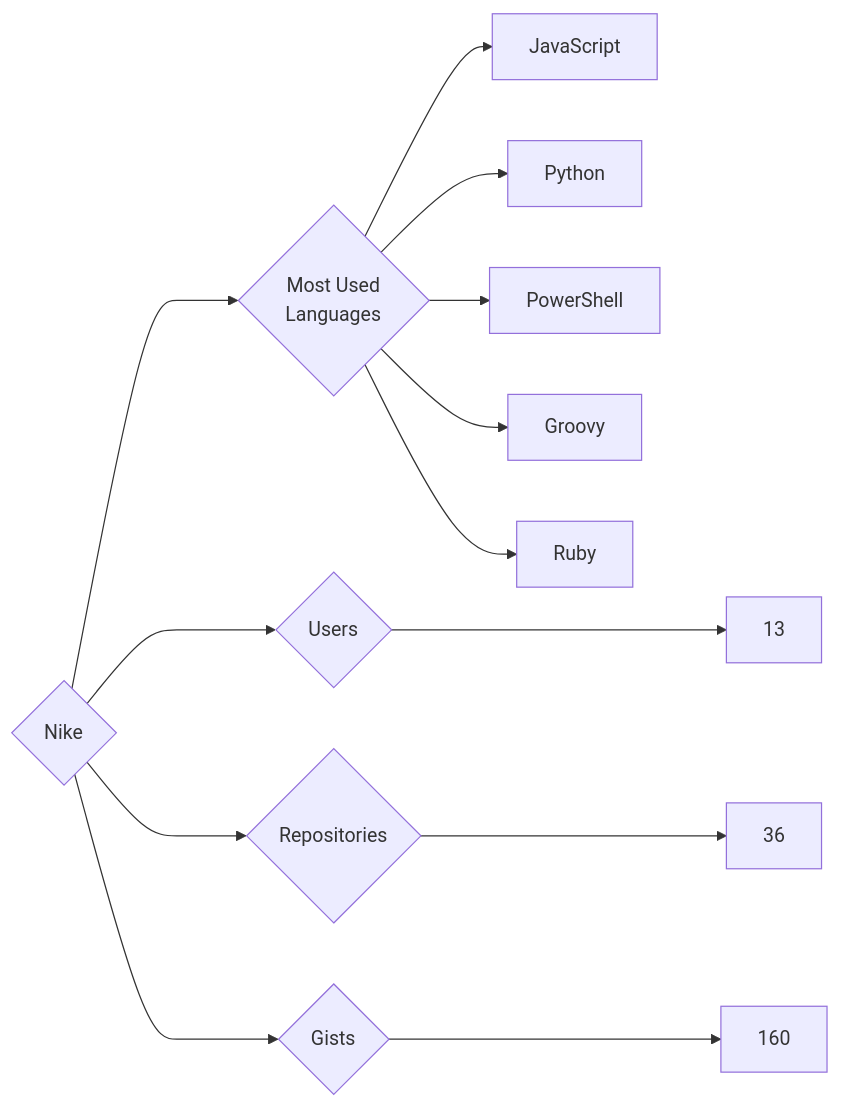
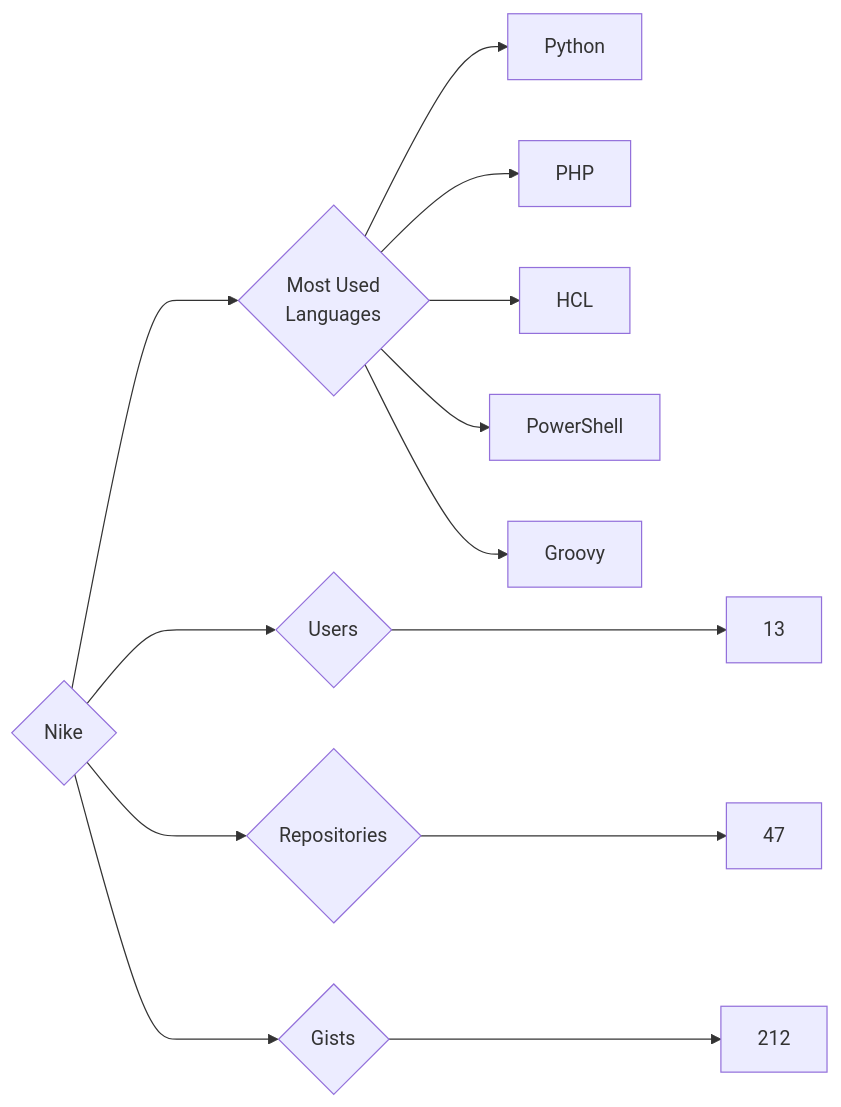
The diagram in targets/Nike/README.md (trickest/insiders), drawn with Mermaid before and after one commit. The commit also changed 1011 other files, not shown here.

````diff
--- a/targets/Nike/README.md
+++ b/targets/Nike/README.md
@@ -3,13 +3,13 @@
 ```mermaid
 graph LR
 COMPANY_NAME{Nike}
 COMPANY_NAME ---> U{Users} ---> UN[13]
-COMPANY_NAME ---> R{Repositories} ---> RN[36]
-COMPANY_NAME ---> G{Gists} ---> GN[160]
+COMPANY_NAME ---> R{Repositories} ---> RN[47]
+COMPANY_NAME ---> G{Gists} ---> GN[212]
 COMPANY_NAME ---> ML{Most Used<br>Languages}
-ML --> JavaScript[JavaScript]
 ML --> Python[Python]
+ML --> PHP[PHP]
+ML --> HCL[HCL]
 ML --> PowerShell[PowerShell]
 ML --> Groovy[Groovy]
-ML --> Ruby[Ruby]
 ```
````
